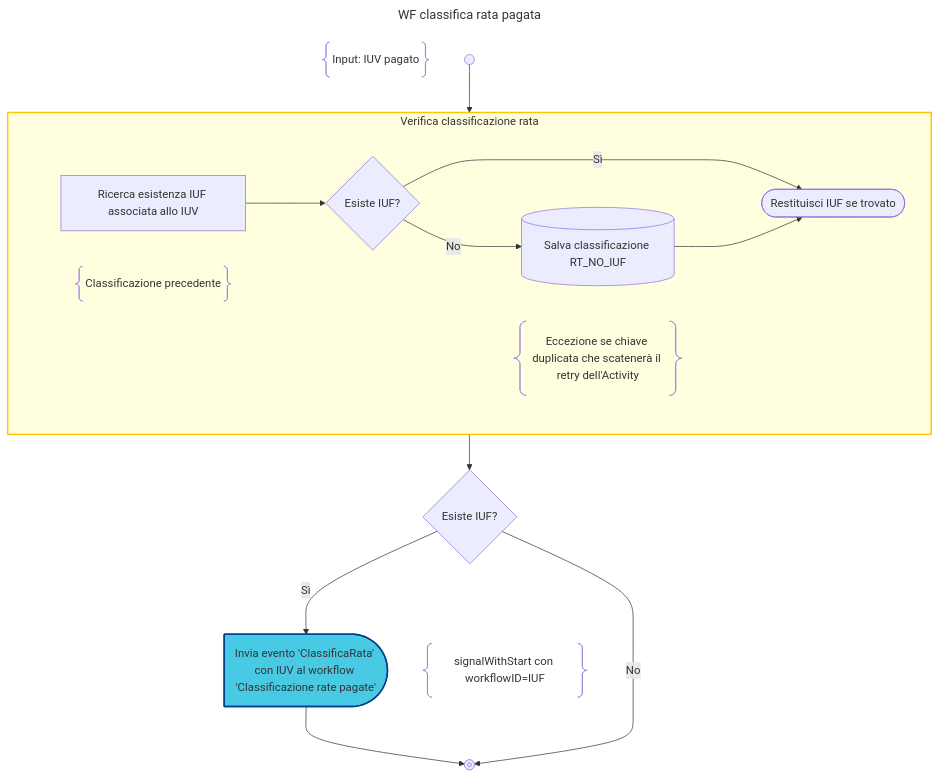
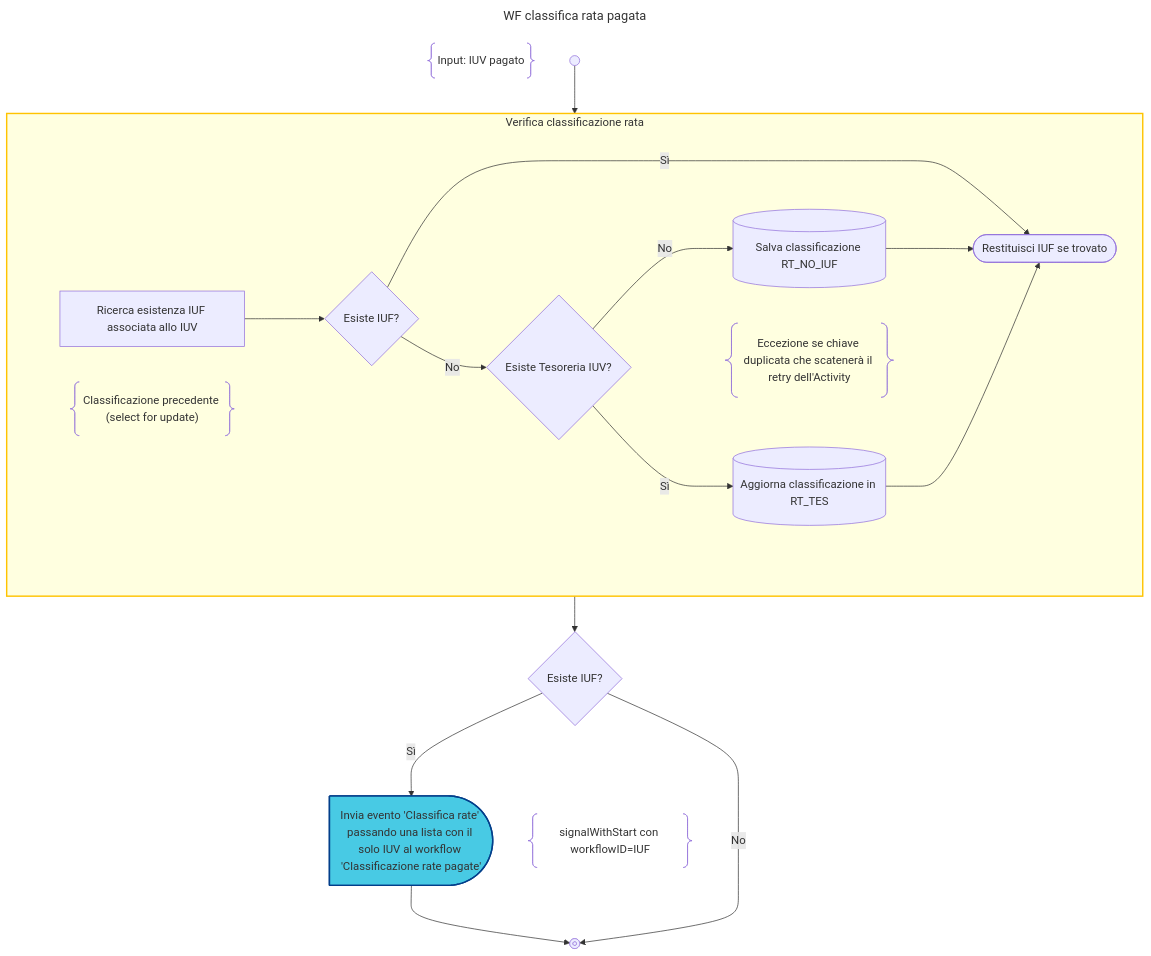
Before and after one commit to pagopa/p4pa-doc: the diagram in design/workflow/classificazioneRatePagate/ricevutaPagamento.mmd, drawn with Mermaid. The commit also changed 9 other files, not shown here.

Commit message:
P4ADEV-1358 review 'wf classificazione rate pagate'

```diff
--- a/design/workflow/classificazioneRatePagate/ricevutaPagamento.mmd
+++ b/design/workflow/classificazioneRatePagate/ricevutaPagamento.mmd
@@ -1,46 +1,50 @@
 ---
 title: WF classifica rata pagata
 ---
 flowchart TD
     DESCRIPTION@{ shape: braces, label: "Input: IUV pagato" }
     START@{shape: start} --> CLASSIFY_IUV
 
     subgraph CLASSIFY_IUV["Verifica classificazione rata"]
 
         FIND_IUF["Ricerca esistenza IUF associata allo IUV"]
 
         subgraph FIND_IUF_NOTE_BLOCK
             FIND_IUF
-            FIND_IUF_NOTE@{shape: braces, label: "Classificazione precedente"}
+            FIND_IUF_NOTE@{shape: braces, label: "Classificazione precedente (select for update)"}
         end
         class FIND_IUF_NOTE_BLOCK note_block
 
-        FIND_IUF --> EXISTS_IUF{"Esiste IUF?"}
-        EXISTS_IUF -->|No|SAVE_NO_IUF@{shape: database, label: "Salva classificazione RT_NO_IUF"}
+        FIND_IUF -->
+        EXISTS_IUF{"Esiste IUF?"} -->
+        |No|EXISTS_TESORERIA_IUV{"Esiste Tesoreria IUV?"} -->
+        |No| SAVE_NO_IUF@{shape: database, label: "Salva classificazione RT_NO_IUF"}
 
         subgraph SAVE_NO_IUF_NOTE_BLOCK
             SAVE_NO_IUF
             SAVE_NO_IUF_NOTE@{shape: braces, label: "Eccezione se chiave duplicata che scatenerà il retry dell'Activity"}
         end
         class SAVE_NO_IUF_NOTE_BLOCK note_block
 
+        EXISTS_TESORERIA_IUV --> |Sì| UPDATE_TES_NO_IUF@{shape: database, label: "Aggiorna classificazione in RT_TES"}
+
         EXISTS_IUF -->|Sì|RETURN_IUF@{shape: stadium, label: "Restituisci IUF se trovato"}
-        SAVE_NO_IUF --> RETURN_IUF
+        SAVE_NO_IUF & UPDATE_TES_NO_IUF --> RETURN_IUF
     end
     class CLASSIFY_IUV activity
 
     CLASSIFY_IUV --> EXISTS_IUF_WF{"Esiste IUF?"}
     EXISTS_IUF_WF -->|Sì| SIGNAL
 
     subgraph SIGNAL_NOTE_BLOCK
-        SIGNAL:::send-signal@{shape: delay, label: "Invia evento 'ClassificaRata' con IUV al workflow 'Classificazione rate pagate'"}
+        SIGNAL:::send-signal@{shape: delay, label: "Invia evento 'Classifica rate' passando una lista con il solo IUV al workflow 'Classificazione rate pagate'"}
         SIGNAL_NOTE@{ shape: braces, label: "signalWithStart con workflowID=IUF" }
     end
     class SIGNAL_NOTE_BLOCK note_block
 
     SIGNAL --> END@{shape: stop}
     EXISTS_IUF_WF -->|No|END
 
     classDef note_block display:none;
     classDef activity fill:#FFFFE0, stroke:#ffc300, stroke-width:2px;
     classDef send-signal fill:#48cae4, stroke:#023e8a, stroke-width:2px
```
